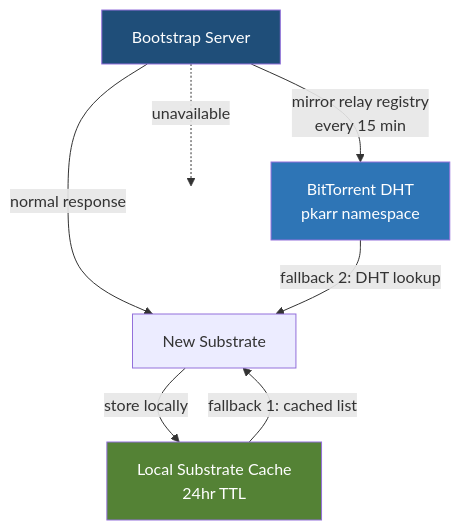
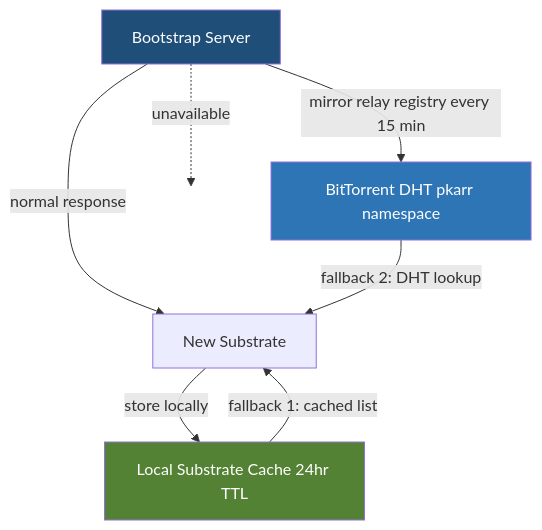
Before and after one commit to syneroym/syneroym: the fifth of 21 diagrams in docs/architecture.md, drawn with Mermaid. The commit also changed other lines of this file, not shown here.

````diff
--- a/docs/architecture.md
+++ b/docs/architecture.md
@@ -188,20 +187,20 @@
 ```mermaid
 flowchart TD
     BS[Bootstrap Server]
-    DHT[BitTorrent DHT\npkarr namespace]
-    CACHE[Local Substrate Cache\n24hr TTL]
+    DHT[BitTorrent DHT pkarr namespace]
+    CACHE[Local Substrate Cache 24hr TTL]
     SUB[New Substrate]
 
-    BS -->|"mirror relay registry\nevery 15 min"| DHT
+    BS -->|"mirror relay registry every 15 min"| DHT
     BS -->|"normal response"| SUB
     SUB -->|"store locally"| CACHE
 
     BS -. unavailable .-> X[ ]
     CACHE -->|"fallback 1: cached list"| SUB
     DHT -->|"fallback 2: DHT lookup"| SUB
 
     style X fill:none,stroke:none
     style BS fill:#1F4E79,color:#fff
     style DHT fill:#2E75B6,color:#fff
     style CACHE fill:#548235,color:#fff
 ```
````
